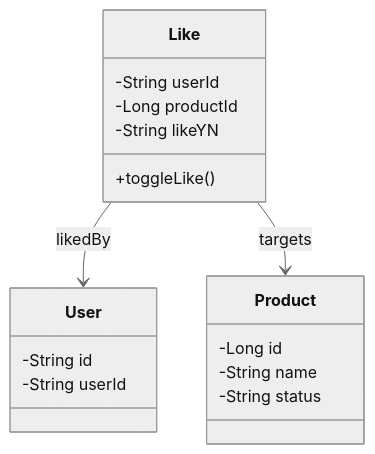
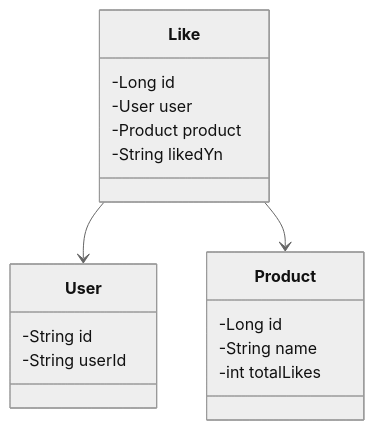
Before and after one commit to yuneong/loopers: the third of 5 diagrams in docs/design/03-class-diagrams.md, drawn with Mermaid (neutral theme). The commit also changed other lines of this file, not shown here.

Commit message:
docs: 클래스 다이어그램 추가

````diff
--- a/docs/design/03-class-diagrams.md
+++ b/docs/design/03-class-diagrams.md
@@ -8,27 +106,24 @@
 ```mermaid
 classDiagram
     class Like {
-        -String userId
-        -Long productId
-        -String likeYN %%{Y, N}%%
-        %% 좋아요/취소 처리 메서드
-        +toggleLike()
+        -Long id
+        -User user
+        -Product product
+        -String likedYn
     }
 
     class User {
         -String id
         -String userId
     }
 
     class Product {
         -Long id
         -String name
-        -String status
+        -int totalLikes
     }
 
     %% 관계
-    %% 1명의 User → N개의 Like
-    %% 1개의 Product → N개의 Like
-    Like --> User: likedBy 
-    Like --> Product: targets 
+    Like --> User
+    Like --> Product
 ```
````
